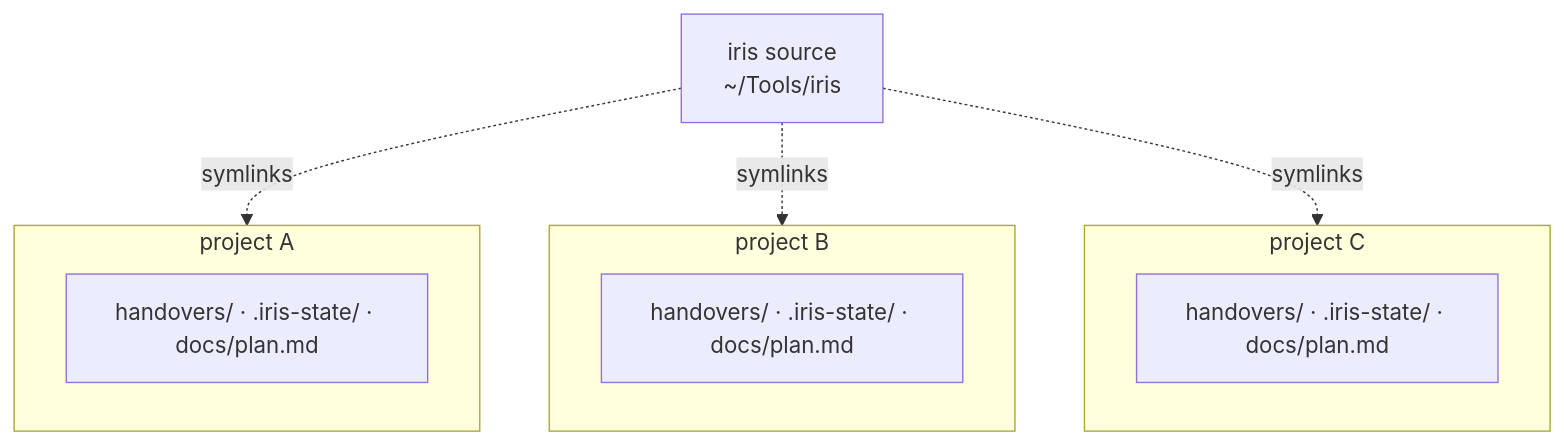
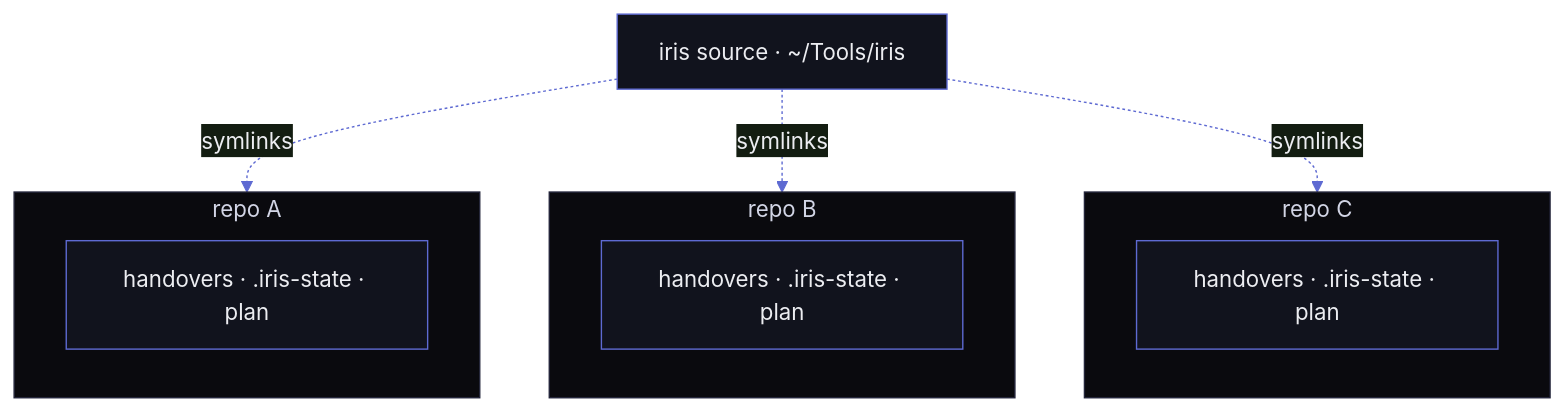
One commit to sohams25/iris changed the second of 2 diagrams in README.md. Above: the diagram before and after it, drawn with Mermaid. The commit also changed other lines of this file and 1 other file, not shown here.

````diff
--- a/README.md
+++ b/README.md
@@ -146,16 +92,17 @@
 ```mermaid
+%%{init: {'theme':'base','themeVariables':{'background':'#050506','primaryColor':'#11131d','primaryTextColor':'#ECEDF1','primaryBorderColor':'#5E6AD2','lineColor':'#5E6AD2','textColor':'#9aa1b8','fontFamily':'ui-monospace, monospace','clusterBkg':'#0a0a0e','clusterBorder':'#23253a'}}}%%
 flowchart TD
-    iris["iris source<br/>~/Tools/iris"]
-    iris -. symlinks .-> A
-    iris -. symlinks .-> B
-    iris -. symlinks .-> C
-    subgraph A["project A"]
-        sa["handovers/ · .iris-state/ · docs/plan.md"]
+    src["iris source · ~/Tools/iris"]
+    src -. symlinks .-> A
+    src -. symlinks .-> B
+    src -. symlinks .-> C
+    subgraph A["repo A"]
+        a["handovers · .iris-state · plan"]
     end
-    subgraph B["project B"]
-        sb["handovers/ · .iris-state/ · docs/plan.md"]
+    subgraph B["repo B"]
+        b["handovers · .iris-state · plan"]
     end
-    subgraph C["project C"]
-        sc["handovers/ · .iris-state/ · docs/plan.md"]
+    subgraph C["repo C"]
+        c["handovers · .iris-state · plan"]
     end
 ```
````
